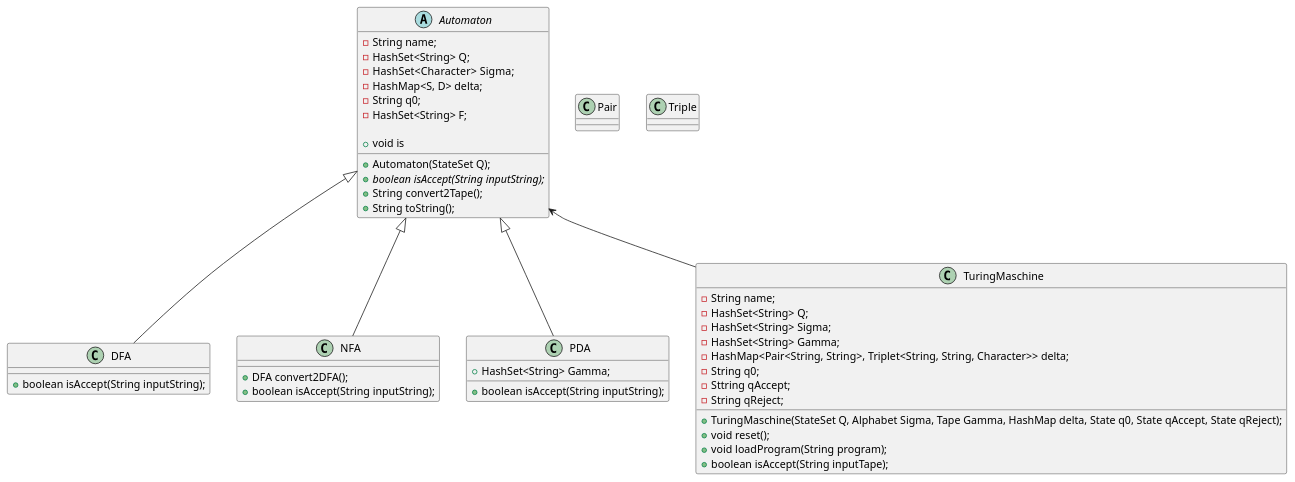
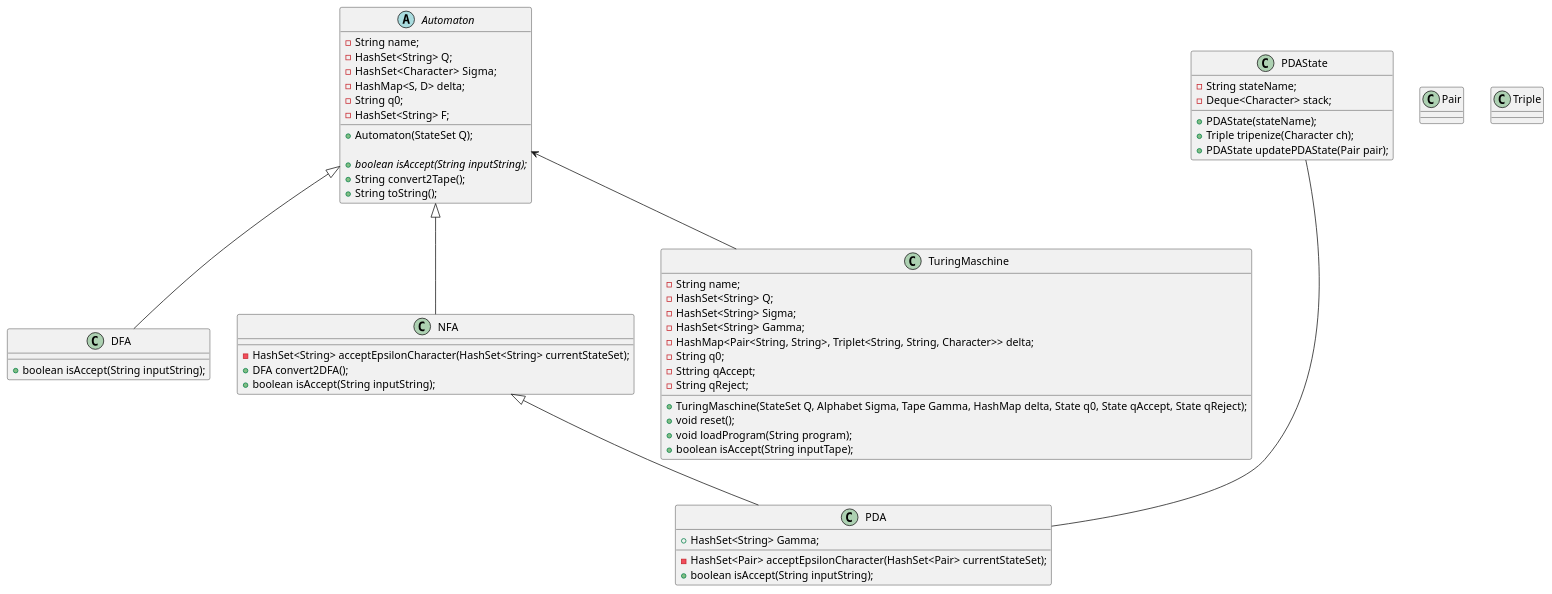
The diagram in Automaton.puml (okn-yu/ComputationalComplexityTheory), drawn with PlantUML before and after one commit. The commit also changed 3 other files, not shown here.

```diff
--- a/Automaton.puml
+++ b/Automaton.puml
@@ -1,60 +1,73 @@
 @startuml
 
 abstract Automaton {
 - String name;
 - HashSet<String> Q;
 - HashSet<Character>  Sigma;
 - HashMap<S, D> delta;
 - String q0;
 - HashSet<String> F;
 
 + Automaton(StateSet Q);
-+ void is
+
 + {abstract} boolean isAccept(String inputString);
 + String convert2Tape();
 + String toString();
 
 }
 
 Automaton <|-- DFA
 class DFA {
 + boolean isAccept(String inputString);
 }
 
 Automaton <|-- NFA
 class NFA {
+- HashSet<String> acceptEpsilonCharacter(HashSet<String> currentStateSet);
 + DFA convert2DFA();
 + boolean isAccept(String inputString);
 }
 
-Automaton <|-- PDA
+NFA <|-- PDA
 class PDA {
 + HashSet<String> Gamma;
+- HashSet<Pair> acceptEpsilonCharacter(HashSet<Pair> currentStateSet);
 + boolean isAccept(String inputString);
+}
+
+PDAState --- PDA
+
+class PDAState {
+- String stateName;
+- Deque<Character> stack;
+
++ PDAState(stateName);
++ Triple tripenize(Character ch);
++ PDAState updatePDAState(Pair pair);
 }
 
 Automaton <-- TuringMaschine
 
 class TuringMaschine{
 - String name;
 - HashSet<String> Q;
 - HashSet<String> Sigma;
 - HashSet<String> Gamma;
 - HashMap<Pair<String, String>, Triplet<String, String, Character>> delta;
 - String q0;
 - Sttring qAccept;
 - String qReject;
 
 + TuringMaschine(StateSet Q, Alphabet Sigma, Tape Gamma, HashMap delta, State q0, State qAccept, State qReject);
 + void reset();
 + void loadProgram(String program);
 + boolean isAccept(String inputTape);
 }
 
 class Pair {
 }
 
 class Triple {
 }
 
 @enduml
```
